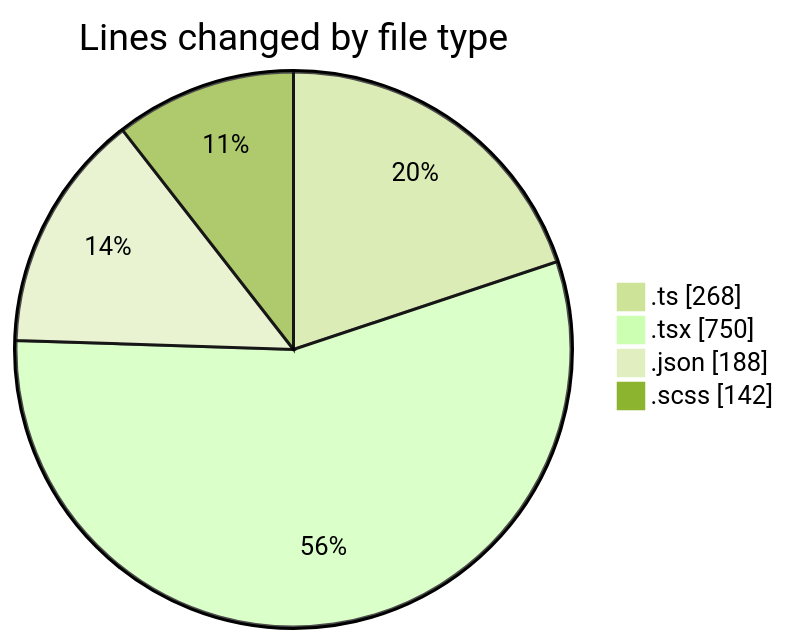
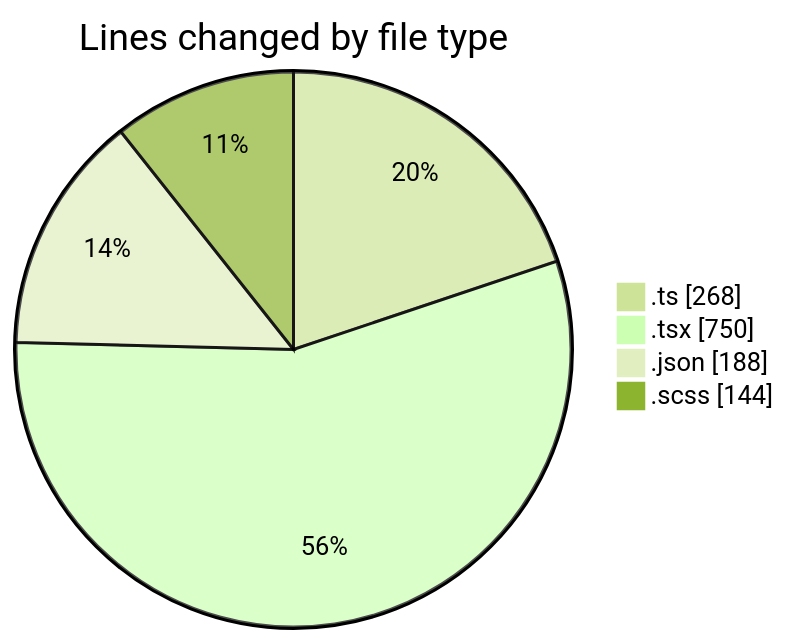
One commit to momahboobian/code-tracking changed the first of 2 diagrams in 2026-05-07/cda/README.md. Above: the diagram before and after it, drawn with Mermaid (forest theme). The commit also changed other lines of this file and 1 other file, not shown here.

````diff
--- a/2026-05-07/cda/README.md
+++ b/2026-05-07/cda/README.md
@@ -32,8 +32,8 @@
 ```mermaid
 pie showData
 title Lines changed by file type
 ".ts" : 268
 ".tsx" : 750
 ".json" : 188
-".scss" : 142
+".scss" : 144
 ```
````
